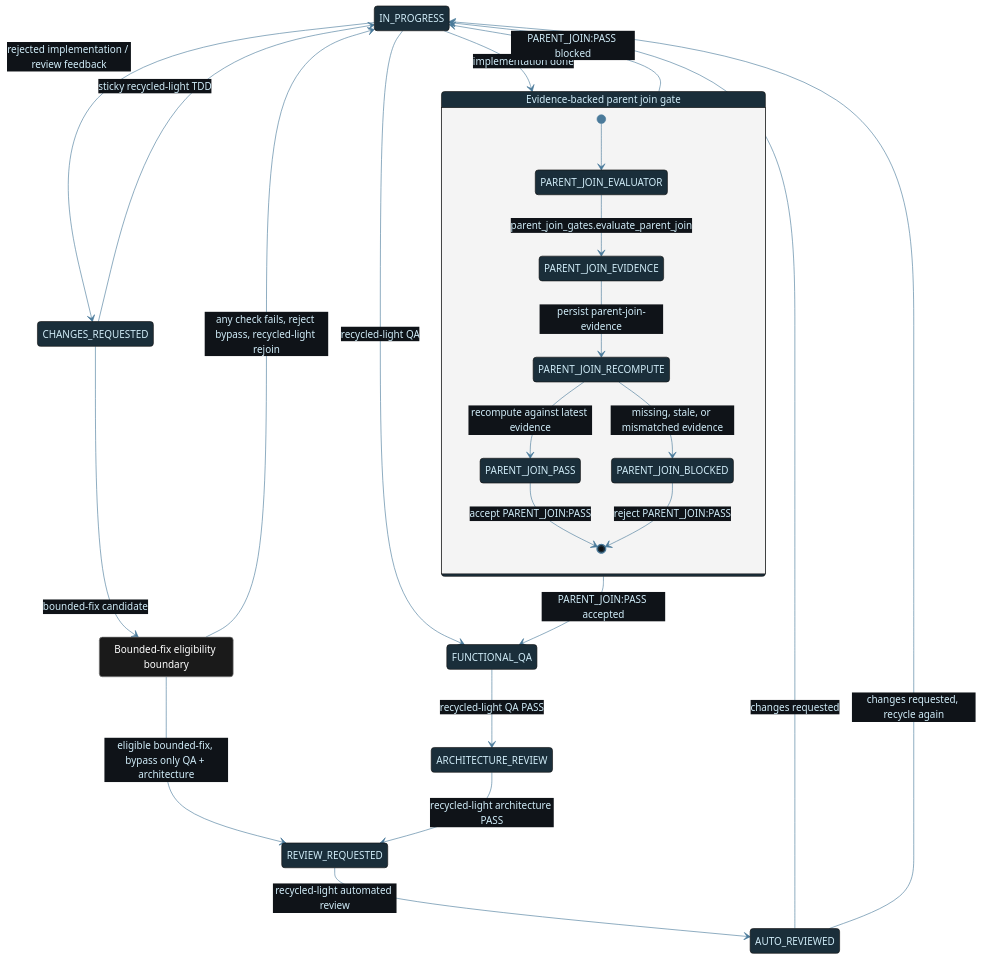
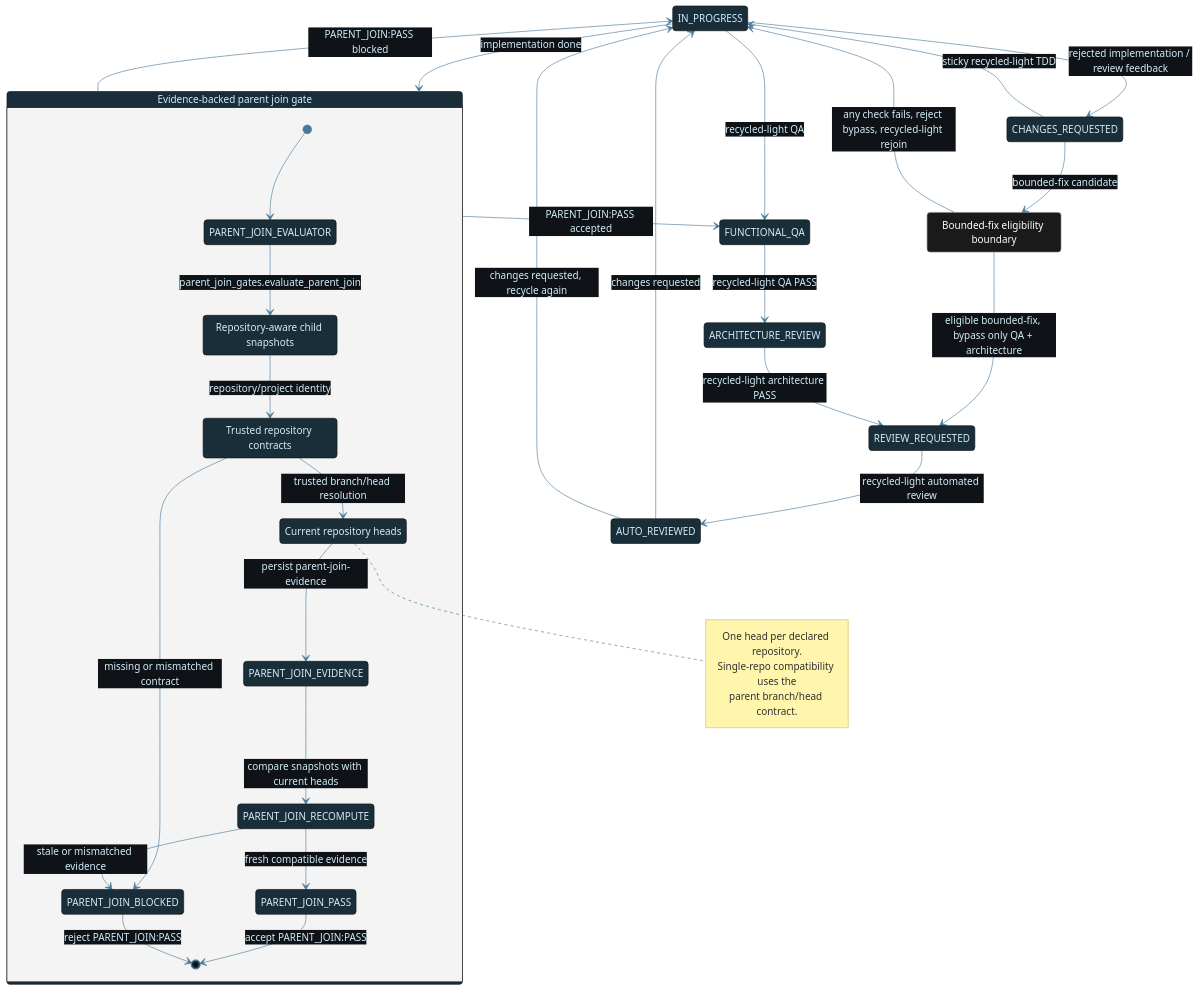
Before and after one commit to tylerdrakemusic/-Workspace: the diagram in diagrams/workspace-fr-flow-review-and-recycle.mmd, drawn with Mermaid. The commit also changed 2 other files, not shown here.

Commit message:
⊕ workspace: update parent-join architecture diagrams

```diff
--- a/diagrams/workspace-fr-flow-review-and-recycle.mmd
+++ b/diagrams/workspace-fr-flow-review-and-recycle.mmd
@@ -1,34 +1,46 @@
 %%{init: {'theme': 'base', 'themeVariables': {'primaryColor': '#1a2e3a', 'primaryTextColor': '#d0ecf8', 'edgeLabelBackground': '#0f1318', 'lineColor': '#4a7a9a'}}}%%
 %% Derived view of workspace-fr-flow.mmd: evidence-backed parent-join gate and the
 %% recycled-light / bounded-fix rework paths.
 stateDiagram-v2
     IN_PROGRESS --> PARENT_JOIN_EVALUATION: implementation done
     state "Evidence-backed parent join gate" as PARENT_JOIN_EVALUATION {
         [*] --> PARENT_JOIN_EVALUATOR
-        PARENT_JOIN_EVALUATOR --> PARENT_JOIN_EVIDENCE: parent_join_gates.evaluate_parent_join
-        PARENT_JOIN_EVIDENCE --> PARENT_JOIN_RECOMPUTE: persist parent-join-evidence
-        PARENT_JOIN_RECOMPUTE --> PARENT_JOIN_PASS: recompute against latest evidence
-        PARENT_JOIN_RECOMPUTE --> PARENT_JOIN_BLOCKED: missing, stale, or mismatched evidence
+        state "Repository-aware child snapshots" as CHILD_SNAPSHOTS
+        state "Trusted repository contracts" as REPOSITORY_CONTRACTS
+        state "Current repository heads" as CURRENT_REPOSITORY_HEADS
+        PARENT_JOIN_EVALUATOR --> CHILD_SNAPSHOTS: parent_join_gates.evaluate_parent_join
+        CHILD_SNAPSHOTS --> REPOSITORY_CONTRACTS: repository/project identity
+        REPOSITORY_CONTRACTS --> CURRENT_REPOSITORY_HEADS: trusted branch/head resolution
+        REPOSITORY_CONTRACTS --> PARENT_JOIN_BLOCKED: missing or mismatched contract
+        CURRENT_REPOSITORY_HEADS --> PARENT_JOIN_EVIDENCE: persist parent-join-evidence
+        PARENT_JOIN_EVIDENCE --> PARENT_JOIN_RECOMPUTE: compare snapshots with current heads
+        PARENT_JOIN_RECOMPUTE --> PARENT_JOIN_PASS: fresh compatible evidence
+        PARENT_JOIN_RECOMPUTE --> PARENT_JOIN_BLOCKED: stale or mismatched evidence
+        note right of CURRENT_REPOSITORY_HEADS
+            One head per declared repository.
+            Single-repo compatibility uses the
+            parent branch/head contract.
+        end note
         PARENT_JOIN_PASS --> [*]: accept PARENT_JOIN:PASS
         PARENT_JOIN_BLOCKED --> [*]: reject PARENT_JOIN:PASS
     }
     PARENT_JOIN_EVALUATION --> FUNCTIONAL_QA: PARENT_JOIN:PASS accepted
     PARENT_JOIN_EVALUATION --> IN_PROGRESS: PARENT_JOIN:PASS blocked
 
     state "Bounded-fix eligibility boundary" as BOUNDED_FIX_ELIGIBILITY
 
     AUTO_REVIEWED --> IN_PROGRESS: changes requested
     IN_PROGRESS --> CHANGES_REQUESTED: rejected implementation / review feedback
     CHANGES_REQUESTED --> BOUNDED_FIX_ELIGIBILITY: bounded-fix candidate
     BOUNDED_FIX_ELIGIBILITY --> REVIEW_REQUESTED: eligible bounded-fix, bypass only QA + architecture
     BOUNDED_FIX_ELIGIBILITY --> IN_PROGRESS: any check fails, reject bypass, recycled-light rejoin
     CHANGES_REQUESTED --> IN_PROGRESS: sticky recycled-light TDD
     IN_PROGRESS --> FUNCTIONAL_QA: recycled-light QA
     FUNCTIONAL_QA --> ARCHITECTURE_REVIEW: recycled-light QA PASS
     ARCHITECTURE_REVIEW --> REVIEW_REQUESTED: recycled-light architecture PASS
     REVIEW_REQUESTED --> AUTO_REVIEWED: recycled-light automated review
     AUTO_REVIEWED --> IN_PROGRESS: changes requested, recycle again
 
     class BOUNDED_FIX_ELIGIBILITY state
 
 classDef state   fill:#1a1a1a,stroke:#888,color:#fff
```
